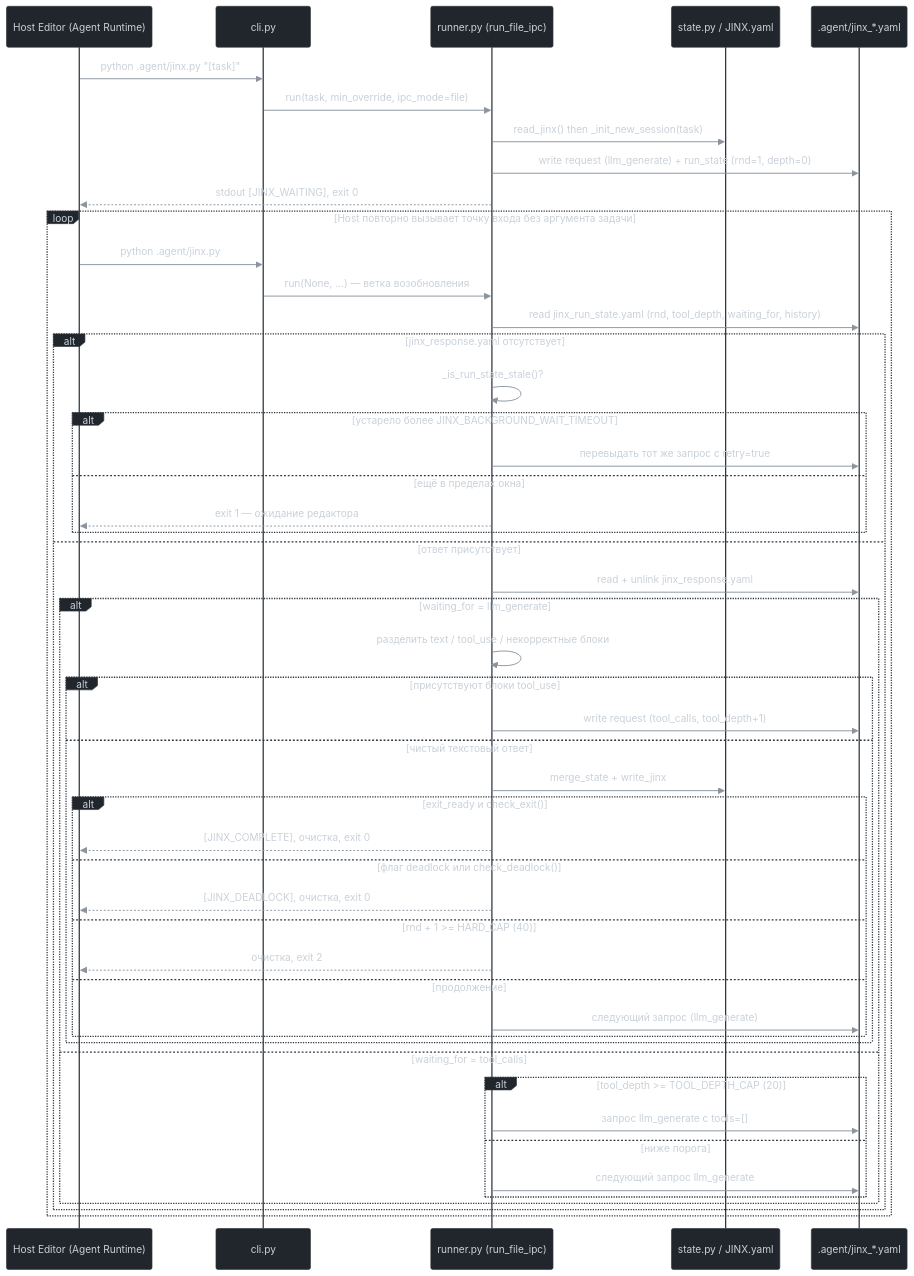
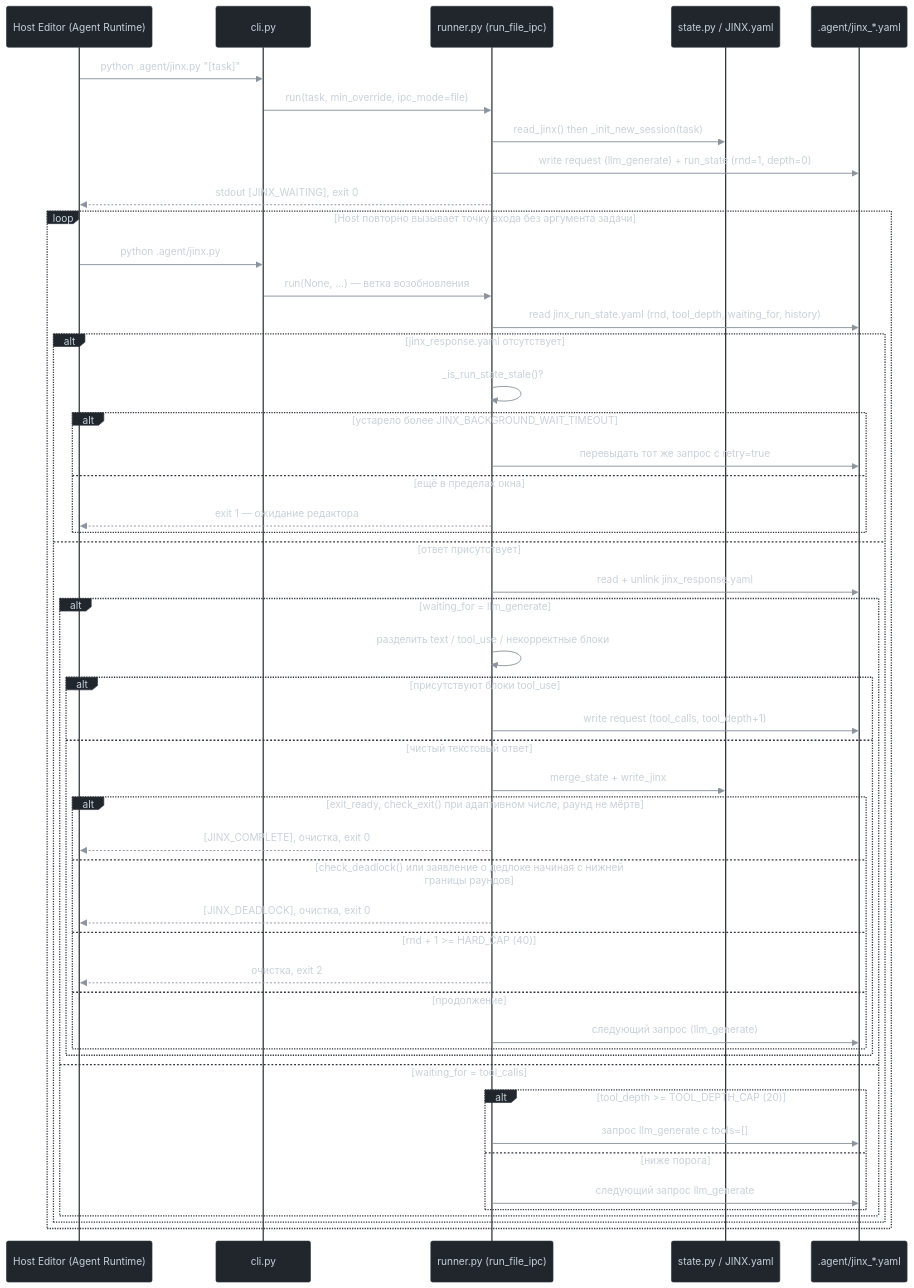
One commit to apxgpt/agent changed the fourth of 5 diagrams in README_RU.md. Above: the diagram before and after it, drawn with Mermaid. The commit also changed other lines of this file and 12 other files, not shown here.

````diff
--- a/README_RU.md
+++ b/README_RU.md
@@ -350,55 +361,55 @@
 ```mermaid
 %%{init: {'theme': 'base', 'themeVariables': {"darkMode": true, "background": "#0d1117", "primaryColor": "#21262d", "primaryTextColor": "#e6edf3", "primaryBorderColor": "#8b949e", "lineColor": "#8b949e", "textColor": "#e6edf3", "edgeLabelBackground": "#161b22", "actorBkg": "#21262d", "actorBorder": "#30363d", "actorTextColor": "#c9d1d9", "actorLineColor": "#30363d", "signalColor": "#8b949e", "signalTextColor": "#c9d1d9", "noteBkgColor": "#161b22", "noteBorderColor": "#30363d", "noteTextColor": "#c9d1d9", "labelBoxBkgColor": "#21262d", "labelBoxBorderColor": "#30363d", "labelTextColor": "#c9d1d9", "loopTextColor": "#c9d1d9", "activationBkgColor": "#21262d", "activationBorderColor": "#30363d"}}}%%
 sequenceDiagram
     participant Host as Host Editor (Agent Runtime)
     participant CLI as cli.py
     participant Runner as runner.py (run_file_ipc)
     participant State as state.py / JINX.yaml
     participant IPC as .agent/jinx_*.yaml
 
     Host->>CLI: python .agent/jinx.py "[task]"
     CLI->>Runner: run(task, min_override, ipc_mode=file)
     Runner->>State: read_jinx() then _init_new_session(task)
     Runner->>IPC: write request (llm_generate) + run_state (rnd=1, depth=0)
     Runner-->>Host: stdout [JINX_WAITING], exit 0
 
     loop Host повторно вызывает точку входа без аргумента задачи
         Host->>CLI: python .agent/jinx.py
         CLI->>Runner: run(None, ...) — ветка возобновления
         Runner->>IPC: read jinx_run_state.yaml (rnd, tool_depth, waiting_for, history)
 
         alt jinx_response.yaml отсутствует
             Runner->>Runner: _is_run_state_stale()?
             alt устарело более JINX_BACKGROUND_WAIT_TIMEOUT
                 Runner->>IPC: перевыдать тот же запрос с retry=true
             else ещё в пределах окна
                 Runner-->>Host: exit 1 — ожидание редактора
             end
         else ответ присутствует
             Runner->>IPC: read + unlink jinx_response.yaml
             alt waiting_for = llm_generate
                 Runner->>Runner: разделить text / tool_use / некорректные блоки
                 alt присутствуют блоки tool_use
                     Runner->>IPC: write request (tool_calls, tool_depth+1)
                 else чистый текстовый ответ
                     Runner->>State: merge_state + write_jinx
-                    alt exit_ready и check_exit()
+                    alt exit_ready, check_exit() при адаптивном числе, раунд не мёртв
                         Runner-->>Host: [JINX_COMPLETE], очистка, exit 0
-                    else флаг deadlock или check_deadlock()
+                    else check_deadlock() или заявление о дедлоке начиная с нижней границы раундов
                         Runner-->>Host: [JINX_DEADLOCK], очистка, exit 0
                     else rnd + 1 >= HARD_CAP (40)
                         Runner-->>Host: очистка, exit 2
                     else продолжение
                         Runner->>IPC: следующий запрос (llm_generate)
                     end
                 end
             else waiting_for = tool_calls
                 alt tool_depth >= TOOL_DEPTH_CAP (20)
                     Runner->>IPC: запрос llm_generate с tools=[]
                 else ниже порога
                     Runner->>IPC: следующий запрос llm_generate
                 end
             end
         end
     end
 ```
````
